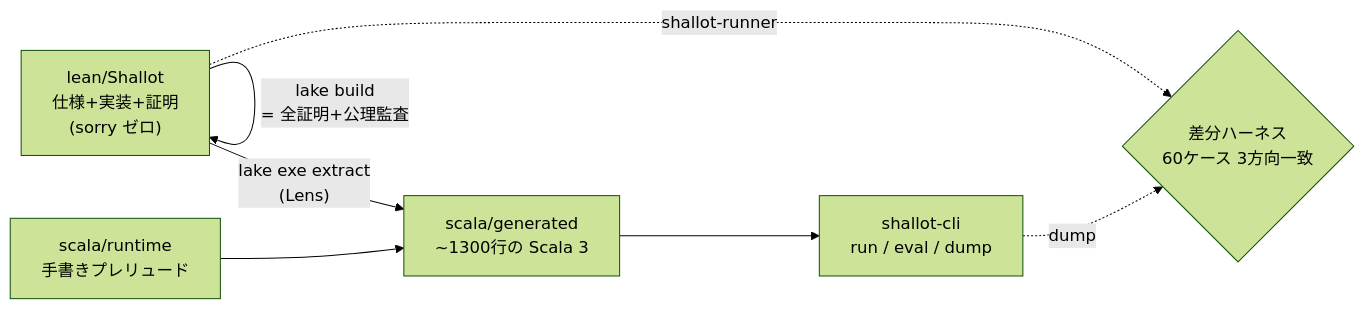
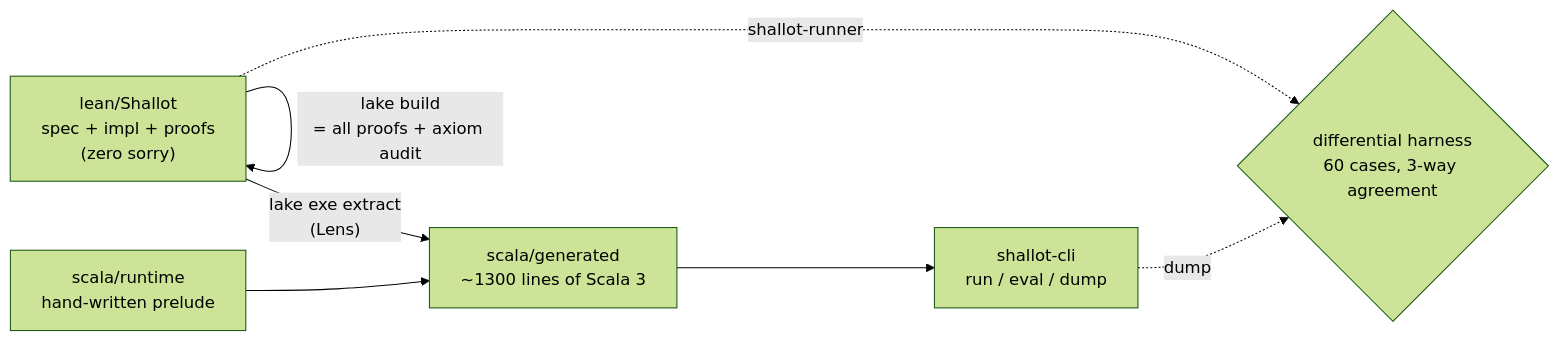
Before and after one commit to kmizu/lean4-claude-code: the diagram in README.md, drawn with Mermaid (forest theme). The commit also changed other lines of this file and 1 other file, not shown here.

````diff
--- a/README.md
+++ b/README.md
@@ -12,9 +17,9 @@
 ```mermaid
 flowchart LR
-    S["lean/Shallot<br/>仕様+実装+証明<br/>(sorry ゼロ)"] -->|"lake build<br/>= 全証明+公理監査"| S
-    S -->|"lake exe extract<br/>(Lens)"| G["scala/generated<br/>~1300行の Scala 3"]
-    R["scala/runtime<br/>手書きプレリュード"] --> G
+    S["lean/Shallot<br/>spec + impl + proofs<br/>(zero sorry)"] -->|"lake build<br/>= all proofs + axiom audit"| S
+    S -->|"lake exe extract<br/>(Lens)"| G["scala/generated<br/>~1300 lines of Scala 3"]
+    R["scala/runtime<br/>hand-written prelude"] --> G
     G --> C["shallot-cli<br/>run / eval / dump"]
-    S -.->|shallot-runner| D{"差分ハーネス<br/>60ケース 3方向一致"}
+    S -.->|shallot-runner| D{"differential harness<br/>60 cases, 3-way agreement"}
     C -.->|dump| D
 ```
````
